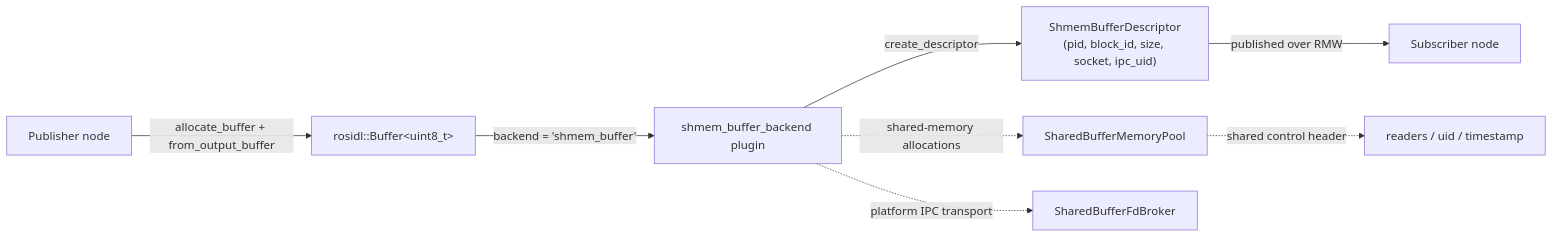
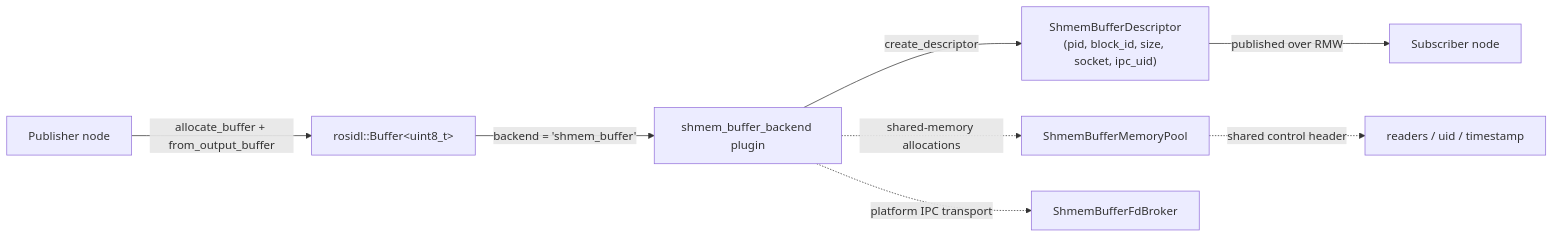
The first of 6 diagrams in docs/shmem_buffer_backend_design.md (dskkato/shmem_buffer_backend), drawn with Mermaid before and after one commit. The commit also changed other lines of this file and 19 other files, not shown here.

Commit message:
Rename shared buffer classes to ShmemBuffer

````diff
--- a/docs/shmem_buffer_backend_design.md
+++ b/docs/shmem_buffer_backend_design.md
@@ -30,14 +30,14 @@
 ```mermaid
 flowchart LR
   Pub["Publisher node"]
   Sub["Subscriber node"]
 
   Pub -->|"allocate_buffer + from_output_buffer"| Buffer["rosidl::Buffer&lt;uint8_t&gt;"]
   Buffer -->|"backend = 'shmem_buffer'"| Plugin[shmem_buffer_backend plugin]
   Plugin -->|"create_descriptor"| Descriptor["ShmemBufferDescriptor<br/>(pid, block_id, size, socket, ipc_uid)"]
   Descriptor -->|"published over RMW"| Sub
 
-  Plugin -.->|"shared-memory allocations"| Pool[SharedBufferMemoryPool]
-  Plugin -.->|"platform IPC transport"| Broker[SharedBufferFdBroker]
+  Plugin -.->|"shared-memory allocations"| Pool[ShmemBufferMemoryPool]
+  Plugin -.->|"platform IPC transport"| Broker[ShmemBufferFdBroker]
   Pool -.->|"shared control header"| Control["readers / uid / timestamp"]
 ```
````
